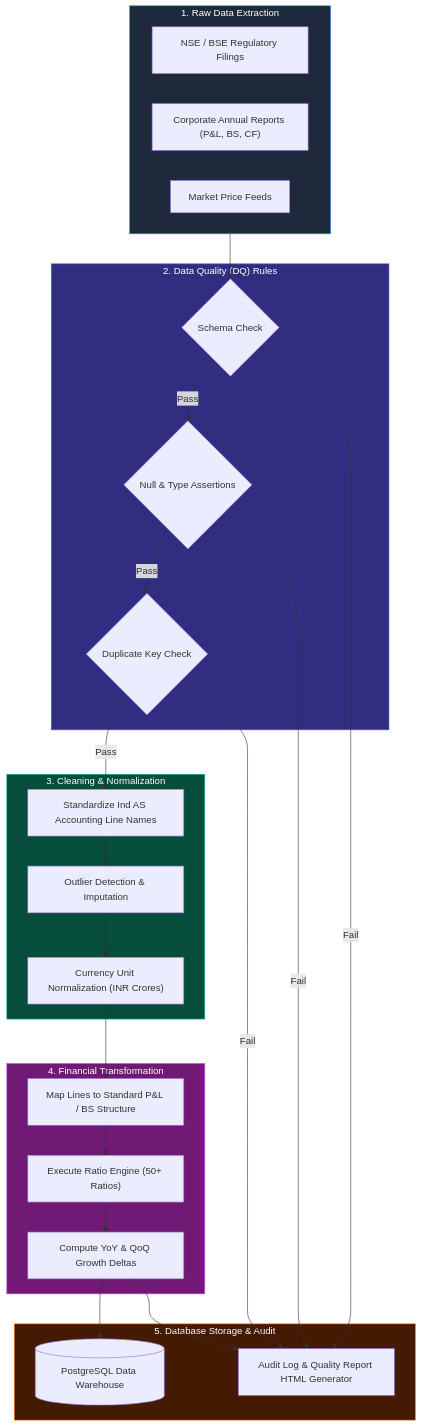
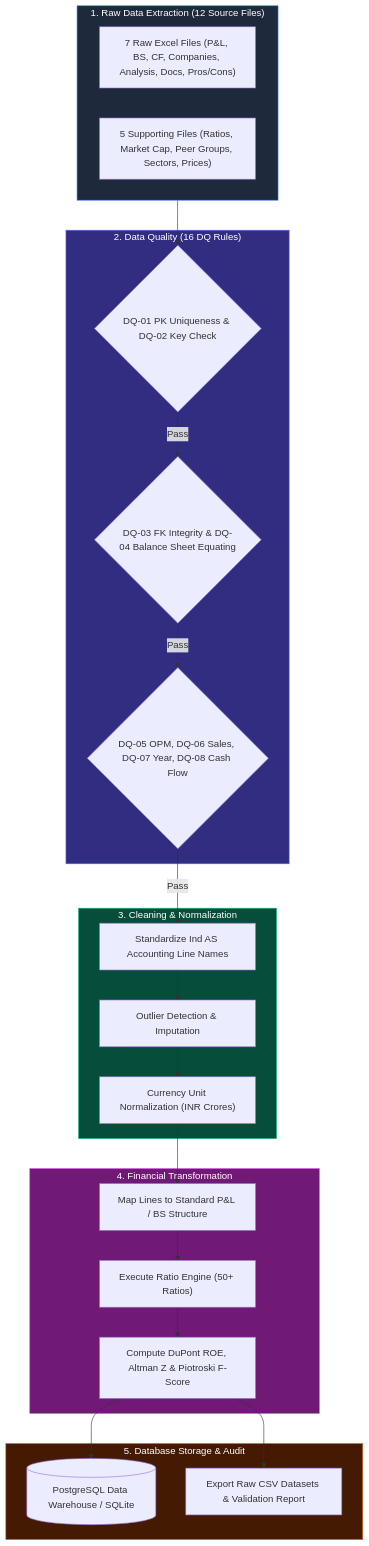
Before and after one commit to MALLAMPOLAIAHGANESH/n100-financial-intelligence-platform: the sixth of 7 diagrams in README.md, drawn with Mermaid. The commit also changed other lines of this file, not shown here.

Commit message:
docs: update README.md with DuPont, Altman Z, Piotroski models, reports API & peer radar

````diff
--- a/README.md
+++ b/README.md
@@ -314,48 +292,43 @@
 ```mermaid
 flowchart TD
-    subgraph Data_Sources ["1. Raw Data Extraction"]
-        S1["NSE / BSE Regulatory Filings"]
-        S2["Corporate Annual Reports (P&L, BS, CF)"]
-        S3["Market Price Feeds"]
+    subgraph Data_Sources ["1. Raw Data Extraction (12 Source Files)"]
+        S1["7 Raw Excel Files (P&L, BS, CF, Companies, Analysis, Docs, Pros/Cons)"]
+        S2["5 Supporting Files (Ratios, Market Cap, Peer Groups, Sectors, Prices)"]
     end
 
-    subgraph Data_Validation ["2. Data Quality (DQ) Rules"]
-        V1{"Schema Check"}
-        V2{"Null & Type Assertions"}
-        V3{"Duplicate Key Check"}
+    subgraph Data_Validation ["2. Data Quality (16 DQ Rules)"]
+        V1{"DQ-01 PK Uniqueness & DQ-02 Key Check"}
+        V2{"DQ-03 FK Integrity & DQ-04 Balance Sheet Equating"}
+        V3{"DQ-05 OPM, DQ-06 Sales, DQ-07 Year, DQ-08 Cash Flow"}
     end
 
     subgraph Data_Cleaning ["3. Cleaning & Normalization"]
         C1["Standardize Ind AS Accounting Line Names"]
         C2["Outlier Detection & Imputation"]
         C3["Currency Unit Normalization (INR Crores)"]
     end
 
     subgraph Transformation_Engine ["4. Financial Transformation"]
         T1["Map Lines to Standard P&L / BS Structure"]
         T2["Execute Ratio Engine (50+ Ratios)"]
-        T3["Compute YoY & QoQ Growth Deltas"]
+        T3["Compute DuPont ROE, Altman Z & Piotroski F-Score"]
     end
 
     subgraph Persistence ["5. Database Storage & Audit"]
-        D1[("PostgreSQL Data Warehouse")]
-        D2["Audit Log & Quality Report HTML Generator"]
+        D1[("PostgreSQL Data Warehouse / SQLite")]
+        D2["Export Raw CSV Datasets & Validation Report"]
     end
 
     Data_Sources --> V1
     V1 -->|Pass| V2
     V2 -->|Pass| V3
     V3 -->|Pass| C1 --> C2 --> C3
     C3 --> T1 --> T2 --> T3
     T3 --> D1 & D2
 
-    V1 -->|Fail| D2
-    V2 -->|Fail| D2
-    V3 -->|Fail| D2
-
     style Data_Sources fill:#1e293b,stroke:#3b82f6,color:#fff
     style Data_Validation fill:#312e81,stroke:#6366f1,color:#fff
     style Data_Cleaning fill:#064e3b,stroke:#10b981,color:#fff
     style Transformation_Engine fill:#701a75,stroke:#d946ef,color:#fff
     style Persistence fill:#451a03,stroke:#f97316,color:#fff
 ```
````
